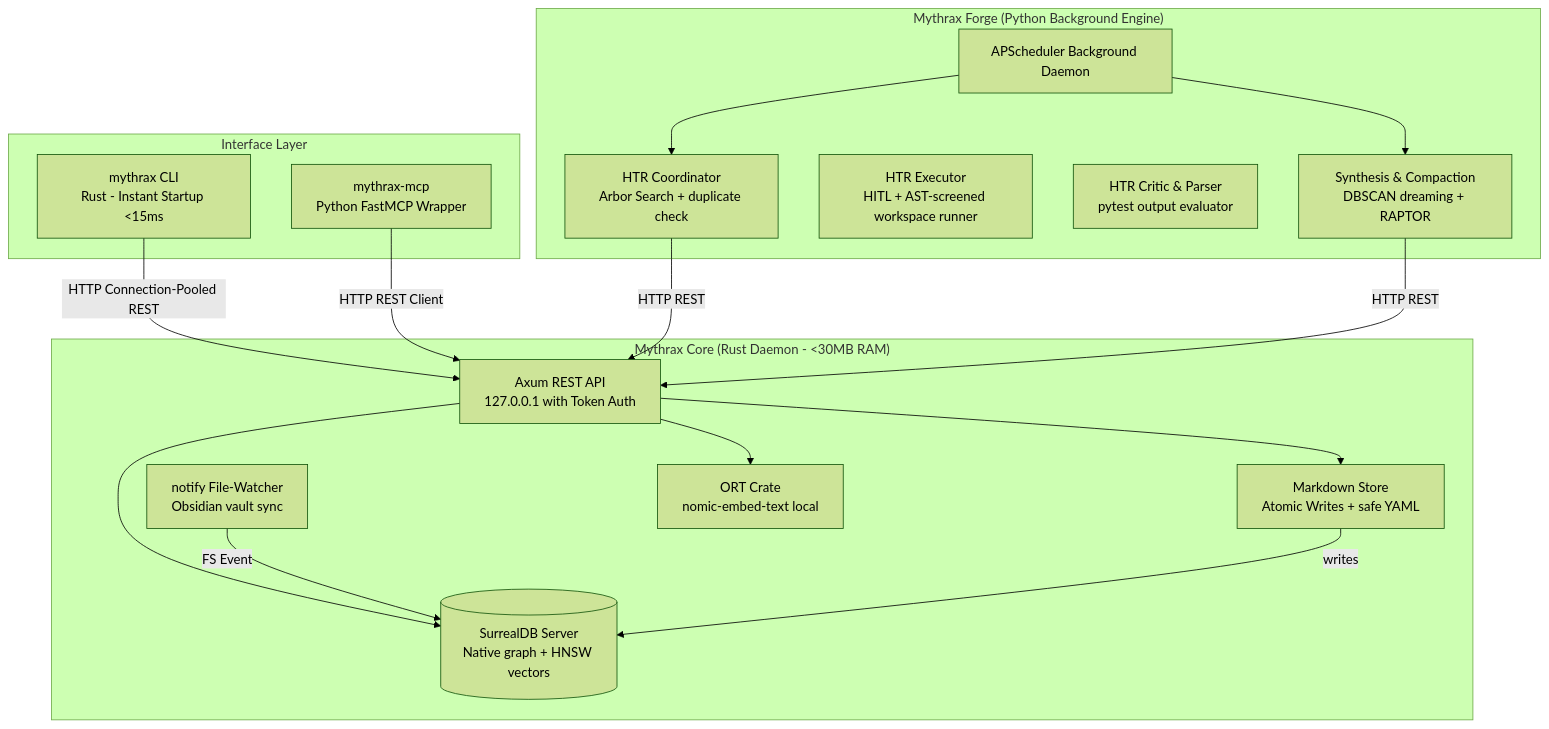
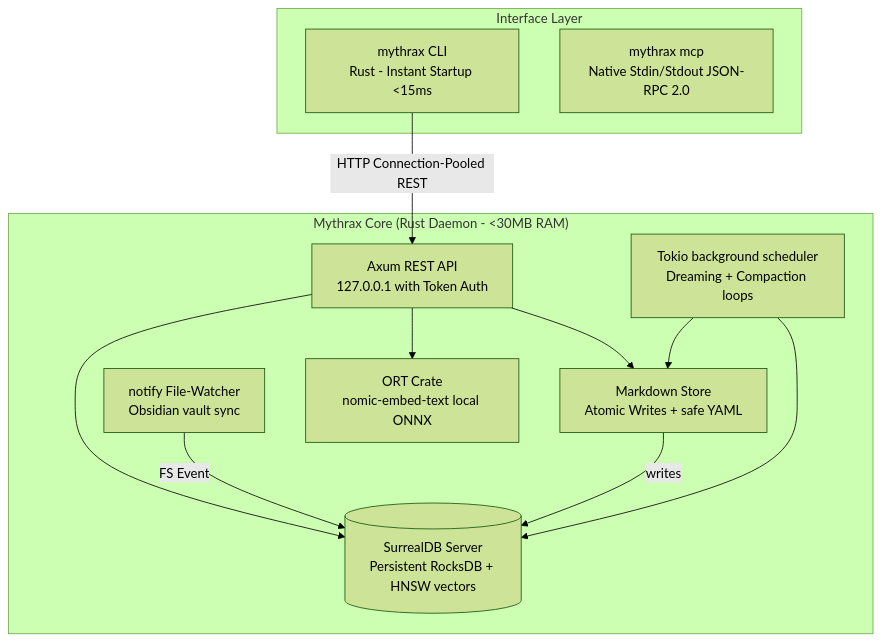
The diagram in README.md (keith-mcclellan/mythrax), drawn with Mermaid (forest theme) before and after one commit. The commit also changed other lines of this file and 26 other files, not shown here.

First line of the commit message:
feat: generalize HTR (Arbor) loop core and integrate with CLI/MCP interfaces

````diff
--- a/README.md
+++ b/README.md
@@ -11,35 +10,25 @@
 ```mermaid
 graph TB
     subgraph "Interface Layer"
         CLI[mythrax CLI<br/>Rust - Instant Startup <15ms]
-        MCP[mythrax-mcp<br/>Python FastMCP Wrapper]
+        MCP[mythrax mcp<br/>Native Stdin/Stdout JSON-RPC 2.0]
     end
 
     subgraph "Mythrax Core (Rust Daemon - <30MB RAM)"
         REST[Axum REST API<br/>127.0.0.1 with Token Auth]
         Store[Markdown Store<br/>Atomic Writes + safe YAML]
         Watcher[notify File-Watcher<br/>Obsidian vault sync]
-        DB[(SurrealDB Server<br/>Native graph + HNSW vectors)]
-        ONNX[ORT Crate<br/>nomic-embed-text local]
-    end
-
-    subgraph "Mythrax Forge (Python Background Engine)"
-        SCHED[APScheduler Background Daemon]
-        COORD[HTR Coordinator<br/>Arbor Search + duplicate check]
-        EXEC[HTR Executor<br/>HITL + AST-screened workspace runner]
-        CRITIC[HTR Critic & Parser<br/>pytest output evaluator]
-        SYNTH[Synthesis & Compaction<br/>DBSCAN dreaming + RAPTOR]
+        DB[(SurrealDB Server<br/>Persistent RocksDB + HNSW vectors)]
+        ONNX[ORT Crate<br/>nomic-embed-text local ONNX]
+        SCHED[Tokio background scheduler<br/>Dreaming + Compaction loops]
     end
 
     CLI -->|HTTP Connection-Pooled REST| REST
-    MCP -->|HTTP REST Client| REST
-    SCHED --> COORD
-    SCHED --> SYNTH
-    COORD -->|HTTP REST| REST
-    SYNTH -->|HTTP REST| REST
     REST --> Store
     REST --> DB
     REST --> ONNX
     Watcher -->|FS Event| DB
     Store -->|writes| DB
+    SCHED --> DB
+    SCHED --> Store
 ```
````
